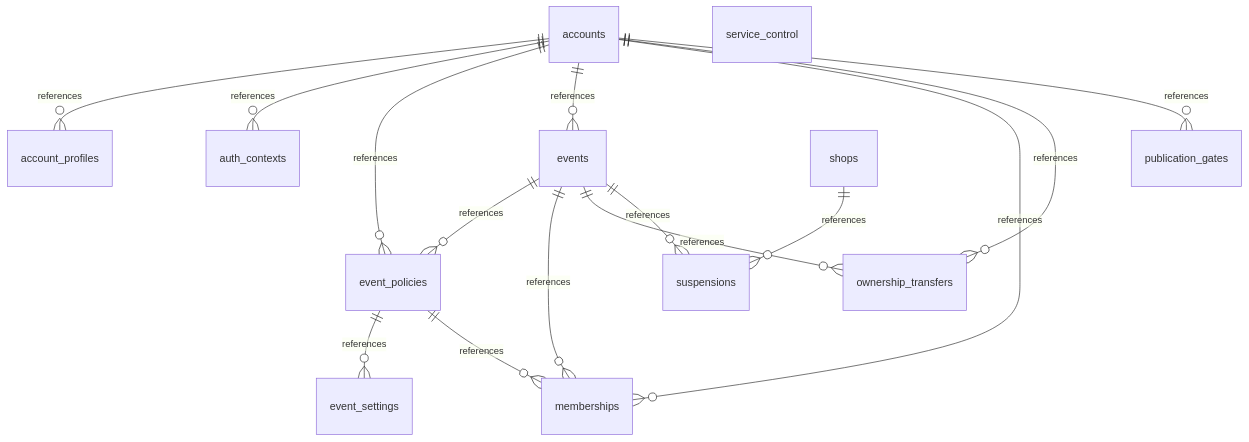
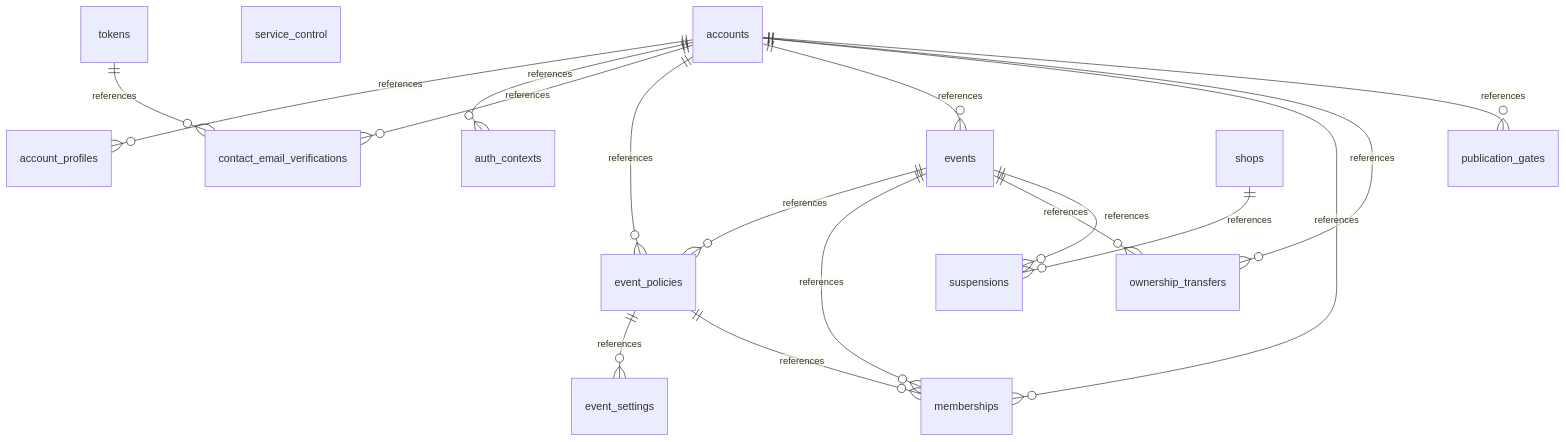
One commit to fespay-team/fespay changed the first of 6 diagrams in docs/design/database/er-diagram.md. Above: the diagram before and after it, drawn with Mermaid. The commit also changed other lines of this file and 9 other files, not shown here.

````diff
--- a/docs/design/database/er-diagram.md
+++ b/docs/design/database/er-diagram.md
@@ -7,28 +7,31 @@
 ```mermaid
 erDiagram
   accounts
   account_profiles
   auth_contexts
+  contact_email_verifications
   service_control
   publication_gates
   events
   event_policies
   event_settings
   memberships
   ownership_transfers
   suspensions
   accounts ||--o{ account_profiles : references
   accounts ||--o{ auth_contexts : references
+  accounts ||--o{ contact_email_verifications : references
+  tokens ||--o{ contact_email_verifications : references
   accounts ||--o{ event_policies : references
   accounts ||--o{ events : references
   accounts ||--o{ memberships : references
   accounts ||--o{ ownership_transfers : references
   accounts ||--o{ publication_gates : references
   event_policies ||--o{ event_settings : references
   event_policies ||--o{ memberships : references
   events ||--o{ event_policies : references
   events ||--o{ memberships : references
   events ||--o{ ownership_transfers : references
   events ||--o{ suspensions : references
   shops ||--o{ suspensions : references
 ```
````
